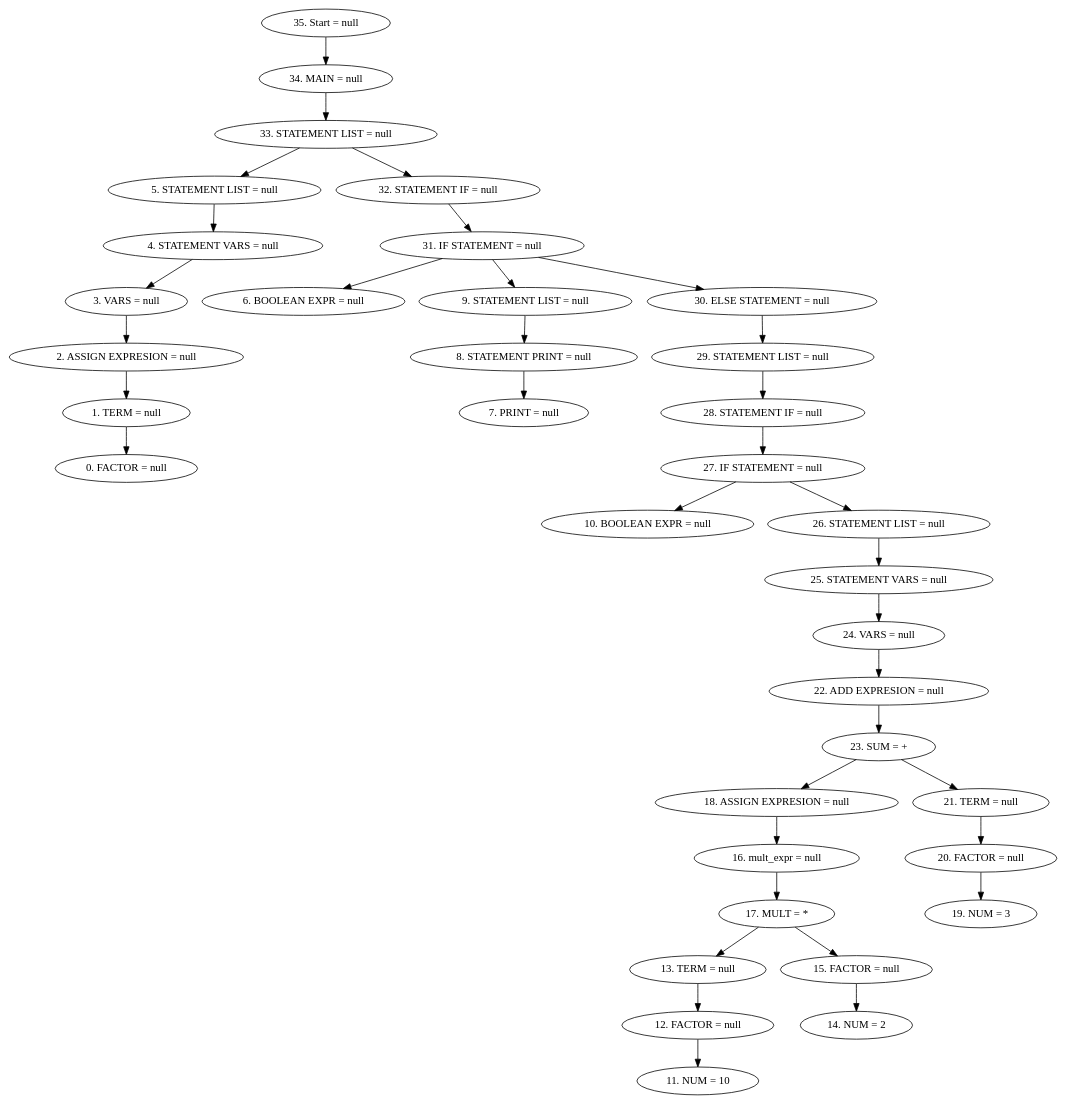
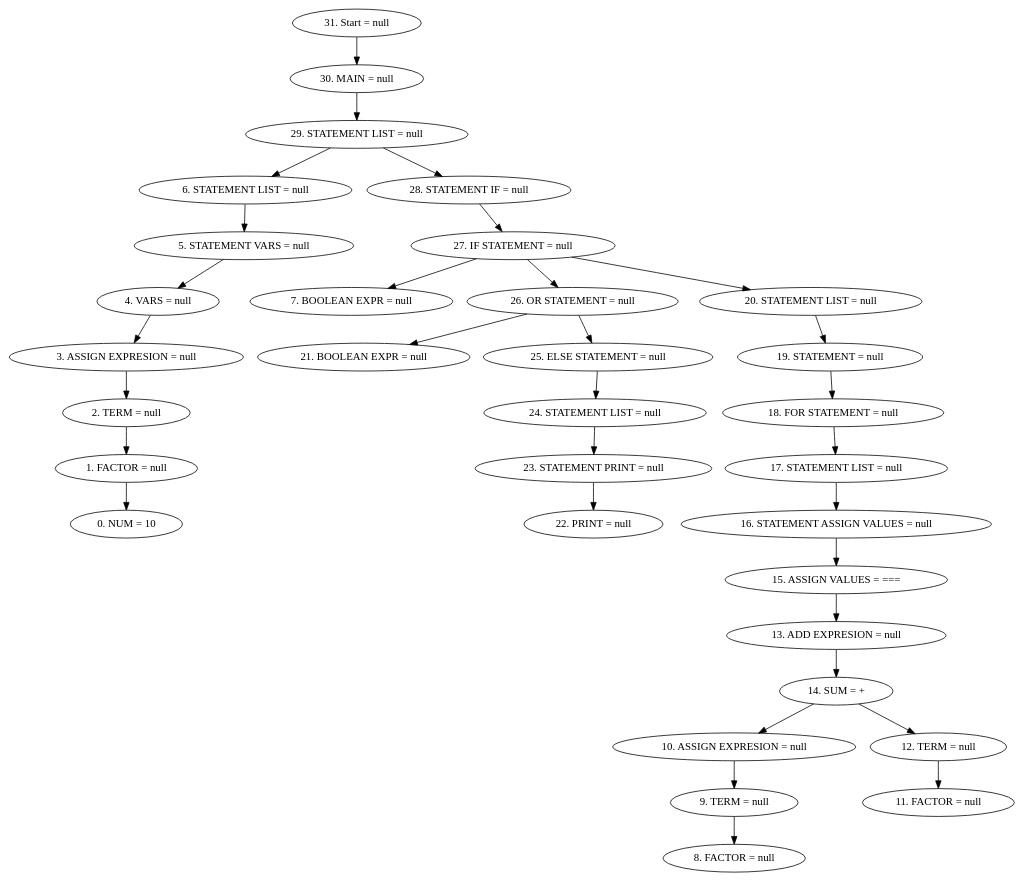
One commit to Andrew22674/compiladoresI changed the diagram in Proyecto_Compiladores/ASTfile.dot. Above: the diagram before and after it, drawn with Graphviz. The commit also changed 18 other files, not shown here.

```diff
--- a/Proyecto_Compiladores/ASTfile.dot
+++ b/Proyecto_Compiladores/ASTfile.dot
@@ -1,39 +1,35 @@
 digraph G {
-"35. Start = null"->"34. MAIN = null"
-"34. MAIN = null"->"33. STATEMENT LIST = null"
-"33. STATEMENT LIST = null"->"5. STATEMENT LIST = null"
-"5. STATEMENT LIST = null"->"4. STATEMENT VARS = null"
-"4. STATEMENT VARS = null"->"3. VARS = null"
-"3. VARS = null"->"2. ASSIGN EXPRESION = null"
-"2. ASSIGN EXPRESION = null"->"1. TERM = null"
-"1. TERM = null"->"0. FACTOR = null"
-"33. STATEMENT LIST = null"->"32. STATEMENT IF = null"
-"32. STATEMENT IF = null"->"31. IF STATEMENT = null"
-"31. IF STATEMENT = null"->"6. BOOLEAN EXPR = null"
-"31. IF STATEMENT = null"->"9. STATEMENT LIST = null"
-"9. STATEMENT LIST = null"->"8. STATEMENT PRINT = null"
-"8. STATEMENT PRINT = null"->"7. PRINT = null"
-"31. IF STATEMENT = null"->"30. ELSE STATEMENT = null"
-"30. ELSE STATEMENT = null"->"29. STATEMENT LIST = null"
+"31. Start = null"->"30. MAIN = null"
+"30. MAIN = null"->"29. STATEMENT LIST = null"
+"29. STATEMENT LIST = null"->"6. STATEMENT LIST = null"
+"6. STATEMENT LIST = null"->"5. STATEMENT VARS = null"
+"5. STATEMENT VARS = null"->"4. VARS = null"
+"4. VARS = null"->"3. ASSIGN EXPRESION = null"
+"3. ASSIGN EXPRESION = null"->"2. TERM = null"
+"2. TERM = null"->"1. FACTOR = null"
+"1. FACTOR = null"->"0. NUM = 10"
 "29. STATEMENT LIST = null"->"28. STATEMENT IF = null"
 "28. STATEMENT IF = null"->"27. IF STATEMENT = null"
-"27. IF STATEMENT = null"->"10. BOOLEAN EXPR = null"
-"27. IF STATEMENT = null"->"26. STATEMENT LIST = null"
-"26. STATEMENT LIST = null"->"25. STATEMENT VARS = null"
-"25. STATEMENT VARS = null"->"24. VARS = null"
-"24. VARS = null"->"22. ADD EXPRESION = null"
-"22. ADD EXPRESION = null"->"23. SUM = +"
-"23. SUM = +"->"18. ASSIGN EXPRESION = null"
-"18. ASSIGN EXPRESION = null"->"16. mult_expr = null"
-"16. mult_expr = null"->"17. MULT = *"
-"17. MULT = *"->"13. TERM = null"
-"13. TERM = null"->"12. FACTOR = null"
-"12. FACTOR = null"->"11. NUM = 10"
-"17. MULT = *"->"15. FACTOR = null"
-"15. FACTOR = null"->"14. NUM = 2"
-"23. SUM = +"->"21. TERM = null"
-"21. TERM = null"->"20. FACTOR = null"
-"20. FACTOR = null"->"19. NUM = 3"
+"27. IF STATEMENT = null"->"7. BOOLEAN EXPR = null"
+"27. IF STATEMENT = null"->"26. OR STATEMENT = null"
+"26. OR STATEMENT = null"->"21. BOOLEAN EXPR = null"
+"26. OR STATEMENT = null"->"25. ELSE STATEMENT = null"
+"25. ELSE STATEMENT = null"->"24. STATEMENT LIST = null"
+"24. STATEMENT LIST = null"->"23. STATEMENT PRINT = null"
+"23. STATEMENT PRINT = null"->"22. PRINT = null"
+"27. IF STATEMENT = null"->"20. STATEMENT LIST = null"
+"20. STATEMENT LIST = null"->"19. STATEMENT = null"
+"19. STATEMENT = null"->"18. FOR STATEMENT = null"
+"18. FOR STATEMENT = null"->"17. STATEMENT LIST = null"
+"17. STATEMENT LIST = null"->"16. STATEMENT ASSIGN VALUES = null"
+"16. STATEMENT ASSIGN VALUES = null"->"15. ASSIGN VALUES = ==="
+"15. ASSIGN VALUES = ==="->"13. ADD EXPRESION = null"
+"13. ADD EXPRESION = null"->"14. SUM = +"
+"14. SUM = +"->"10. ASSIGN EXPRESION = null"
+"10. ASSIGN EXPRESION = null"->"9. TERM = null"
+"9. TERM = null"->"8. FACTOR = null"
+"14. SUM = +"->"12. TERM = null"
+"12. TERM = null"->"11. FACTOR = null"
 
 
 }
```
